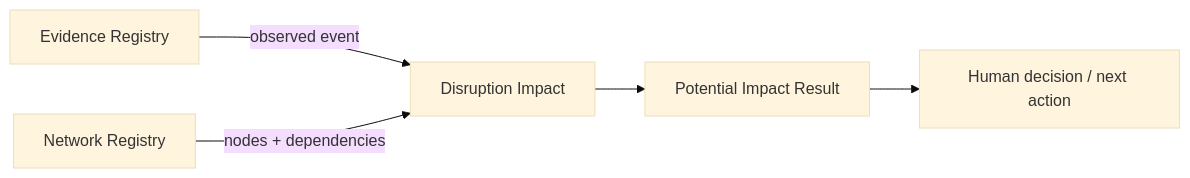
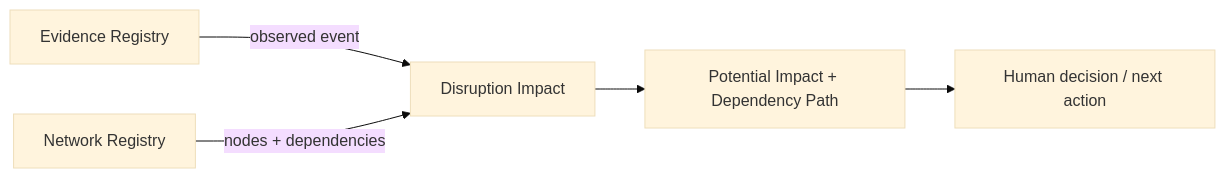
One commit to ContextualWisdomLab/supply-chain-control-plane changed the diagram in docs/product-technical-gap-baseline.md. Above: the diagram before and after it, drawn with Mermaid (base theme). The commit also changed other lines of this file and 5 other files, not shown here.

````diff
--- a/docs/product-technical-gap-baseline.md
+++ b/docs/product-technical-gap-baseline.md
@@ -9,7 +9,7 @@
 ```mermaid
 flowchart LR
   E[Evidence Registry] -->|observed event| I[Disruption Impact]
   N[Network Registry] -->|nodes + dependencies| I
-  I --> P[Potential Impact Result]
+  I --> P[Potential Impact + Dependency Path]
   P --> H[Human decision / next action]
 ```
````
